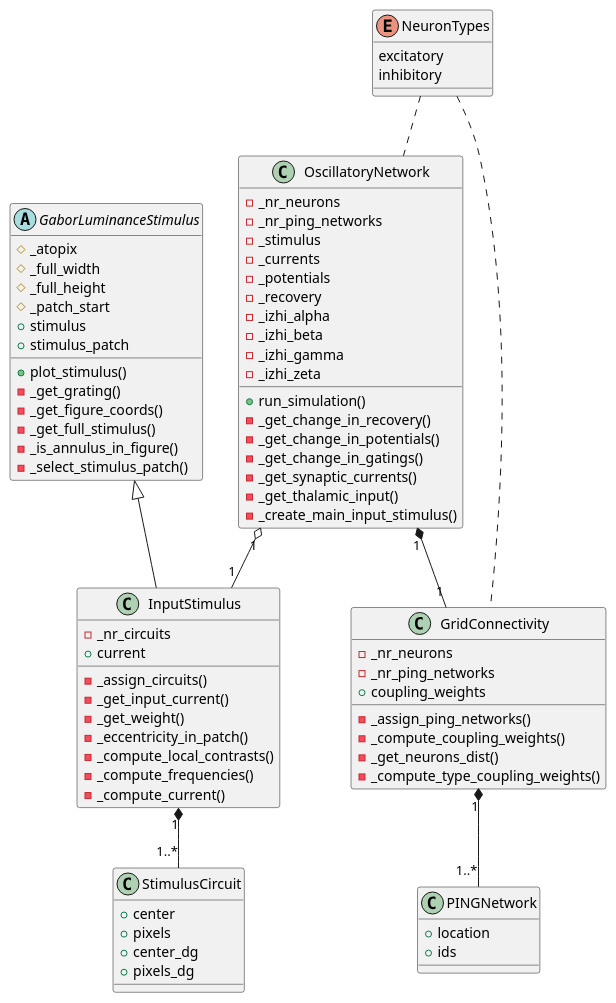
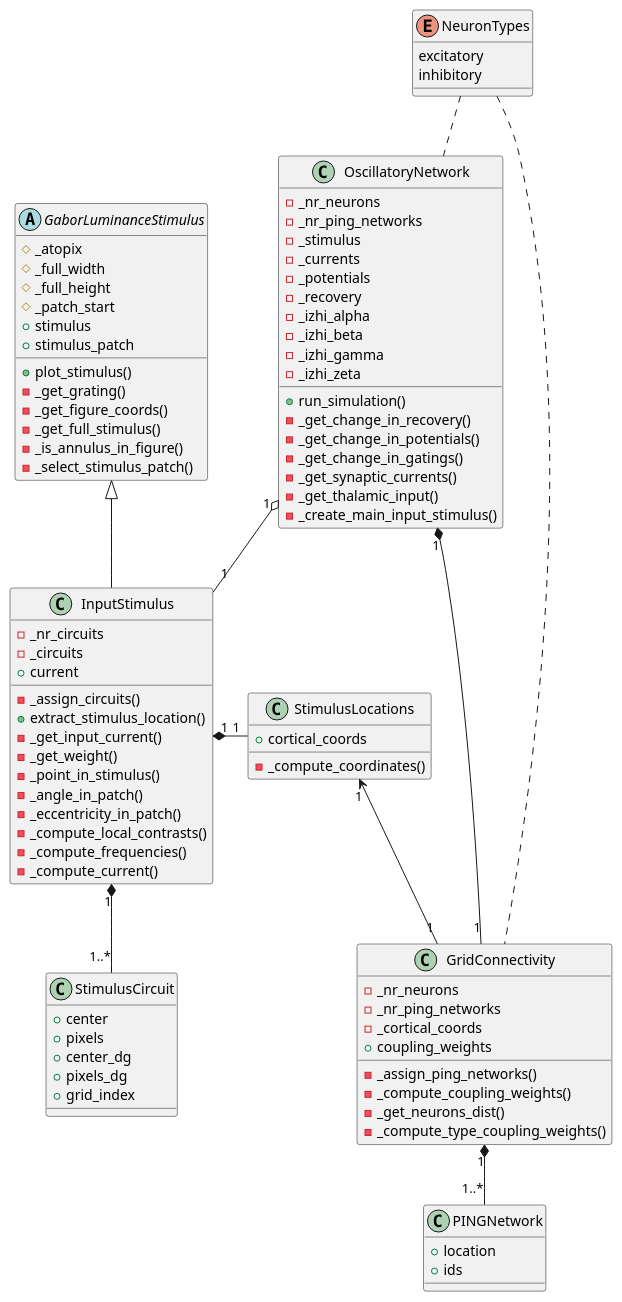
Before and after one commit to thatmariia/grid-ping: the diagram in docs/source/class-diagram.rst, drawn with PlantUML. The commit also changed 38 other files, not shown here.

Commit message:
using the cortical coords to compute coupling

```diff
--- a/docs/source/class-diagram.rst
+++ b/docs/source/class-diagram.rst
@@ -15,15 +15,26 @@
       +pixels
       +center_dg
       +pixels_dg
+      +grid_index
+    }
+
+    class StimulusLocations {
+      +cortical_coords
+
+      -_compute_coordinates()
     }
 
     class InputStimulus {
       -_nr_circuits
+      -_circuits
       +current
 
       -_assign_circuits()
+      +extract_stimulus_location()
       -_get_input_current()
       -_get_weight()
+      -_point_in_stimulus()
+      -_angle_in_patch()
       -_eccentricity_in_patch()
       -_compute_local_contrasts()
       -_compute_frequencies()
@@ -75,6 +86,7 @@
     class GridConnectivity {
       -_nr_neurons
       -_nr_ping_networks
+      -_cortical_coords
       +coupling_weights
 
       -_assign_ping_networks()
@@ -83,11 +95,14 @@
       -_compute_type_coupling_weights()
     }
 
-    OscillatoryNetwork "1" *-- "1" GridConnectivity
+    OscillatoryNetwork "1" *- "1" GridConnectivity
     GridConnectivity "1" *-- "1..*" PINGNetwork
 
     GaborLuminanceStimulus <|-- InputStimulus
     InputStimulus "1" *-- "1..*" StimulusCircuit
+    InputStimulus "1" *- "1" StimulusLocations
+
+    StimulusLocations "1" <-- "1" GridConnectivity
 
     OscillatoryNetwork "1" o-- "1" InputStimulus
 
```
